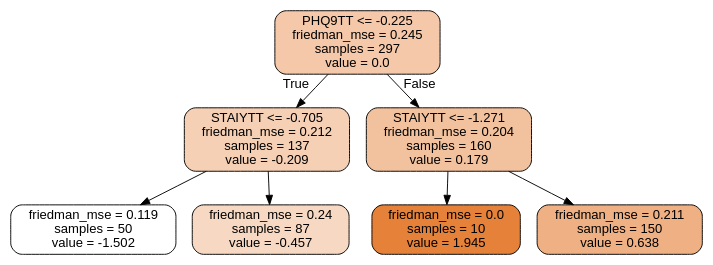
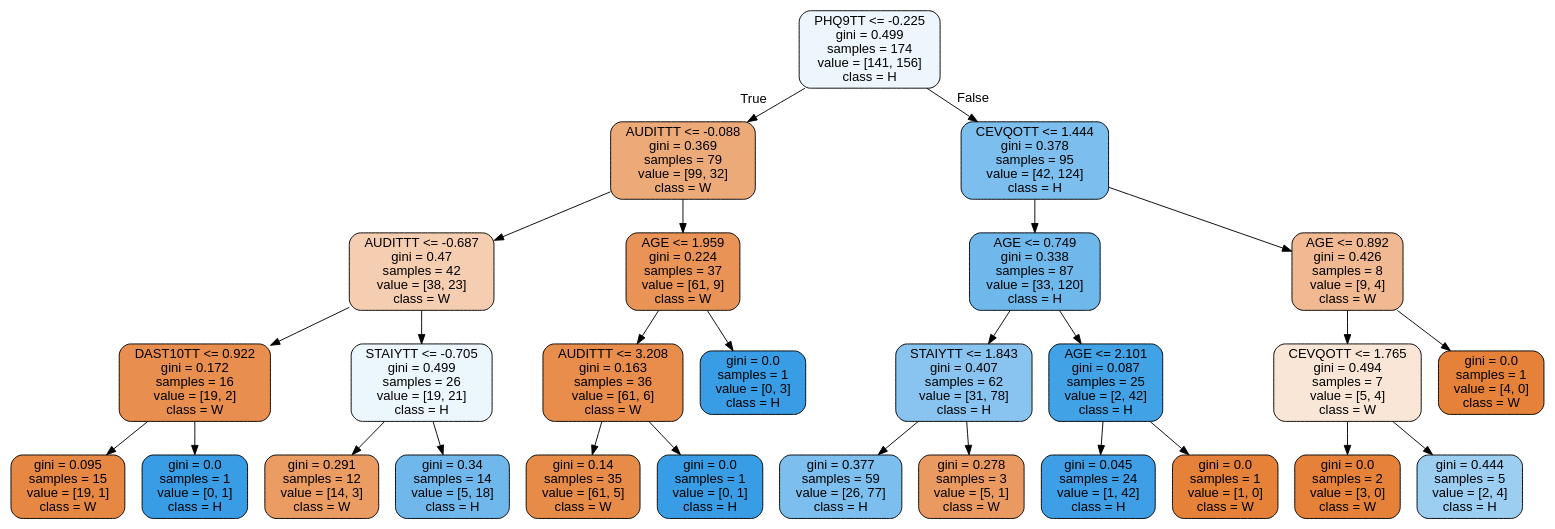
Before and after one commit to pnplab/ML_CRIUSMM: the diagram in cours_3/img/_tree.dot, drawn with Graphviz. The commit also changed 10 other files, not shown here.

```diff
--- a/cours_3/img/_tree.dot
+++ b/cours_3/img/_tree.dot
@@ -1,17 +1,57 @@
 digraph Tree {
 node [shape=box, style="filled, rounded", color="black", fontname=helvetica] ;
 edge [fontname=helvetica] ;
-0 [label="PHQ9TT <= -0.225\nfriedman_mse = 0.245\nsamples = 297\nvalue = 0.0", fillcolor="#f4c8a9"] ;
-1 [label="STAIYTT <= -0.705\nfriedman_mse = 0.212\nsamples = 137\nvalue = -0.209", fillcolor="#f5d0b5"] ;
+0 [label="PHQ9TT <= -0.225\ngini = 0.499\nsamples = 174\nvalue = [141, 156]\nclass = H", fillcolor="#ecf6fc"] ;
+1 [label="AUDITTT <= -0.088\ngini = 0.369\nsamples = 79\nvalue = [99, 32]\nclass = W", fillcolor="#edaa79"] ;
 0 -> 1 [labeldistance=2.5, labelangle=45, headlabel="True"] ;
-2 [label="friedman_mse = 0.119\nsamples = 50\nvalue = -1.502", fillcolor="#ffffff"] ;
+2 [label="AUDITTT <= -0.687\ngini = 0.47\nsamples = 42\nvalue = [38, 23]\nclass = W", fillcolor="#f5cdb1"] ;
 1 -> 2 ;
-3 [label="friedman_mse = 0.24\nsamples = 87\nvalue = -0.457", fillcolor="#f7d9c3"] ;
-1 -> 3 ;
-4 [label="STAIYTT <= -1.271\nfriedman_mse = 0.204\nsamples = 160\nvalue = 0.179", fillcolor="#f2c29e"] ;
-0 -> 4 [labeldistance=2.5, labelangle=-45, headlabel="False"] ;
-5 [label="friedman_mse = 0.0\nsamples = 10\nvalue = 1.945", fillcolor="#e58139"] ;
-4 -> 5 ;
-6 [label="friedman_mse = 0.211\nsamples = 150\nvalue = 0.638", fillcolor="#efb184"] ;
-4 -> 6 ;
+3 [label="DAST10TT <= 0.922\ngini = 0.172\nsamples = 16\nvalue = [19, 2]\nclass = W", fillcolor="#e88e4e"] ;
+2 -> 3 ;
+4 [label="gini = 0.095\nsamples = 15\nvalue = [19, 1]\nclass = W", fillcolor="#e68843"] ;
+3 -> 4 ;
+5 [label="gini = 0.0\nsamples = 1\nvalue = [0, 1]\nclass = H", fillcolor="#399de5"] ;
+3 -> 5 ;
+6 [label="STAIYTT <= -0.705\ngini = 0.499\nsamples = 26\nvalue = [19, 21]\nclass = H", fillcolor="#ecf6fd"] ;
+2 -> 6 ;
+7 [label="gini = 0.291\nsamples = 12\nvalue = [14, 3]\nclass = W", fillcolor="#eb9c63"] ;
+6 -> 7 ;
+8 [label="gini = 0.34\nsamples = 14\nvalue = [5, 18]\nclass = H", fillcolor="#70b8ec"] ;
+6 -> 8 ;
+9 [label="AGE <= 1.959\ngini = 0.224\nsamples = 37\nvalue = [61, 9]\nclass = W", fillcolor="#e99456"] ;
+1 -> 9 ;
+10 [label="AUDITTT <= 3.208\ngini = 0.163\nsamples = 36\nvalue = [61, 6]\nclass = W", fillcolor="#e88d4c"] ;
+9 -> 10 ;
+11 [label="gini = 0.14\nsamples = 35\nvalue = [61, 5]\nclass = W", fillcolor="#e78b49"] ;
+10 -> 11 ;
+12 [label="gini = 0.0\nsamples = 1\nvalue = [0, 1]\nclass = H", fillcolor="#399de5"] ;
+10 -> 12 ;
+13 [label="gini = 0.0\nsamples = 1\nvalue = [0, 3]\nclass = H", fillcolor="#399de5"] ;
+9 -> 13 ;
+14 [label="CEVQOTT <= 1.444\ngini = 0.378\nsamples = 95\nvalue = [42, 124]\nclass = H", fillcolor="#7cbeee"] ;
+0 -> 14 [labeldistance=2.5, labelangle=-45, headlabel="False"] ;
+15 [label="AGE <= 0.749\ngini = 0.338\nsamples = 87\nvalue = [33, 120]\nclass = H", fillcolor="#6fb8ec"] ;
+14 -> 15 ;
+16 [label="STAIYTT <= 1.843\ngini = 0.407\nsamples = 62\nvalue = [31, 78]\nclass = H", fillcolor="#88c4ef"] ;
+15 -> 16 ;
+17 [label="gini = 0.377\nsamples = 59\nvalue = [26, 77]\nclass = H", fillcolor="#7cbeee"] ;
+16 -> 17 ;
+18 [label="gini = 0.278\nsamples = 3\nvalue = [5, 1]\nclass = W", fillcolor="#ea9a61"] ;
+16 -> 18 ;
+19 [label="AGE <= 2.101\ngini = 0.087\nsamples = 25\nvalue = [2, 42]\nclass = H", fillcolor="#42a2e6"] ;
+15 -> 19 ;
+20 [label="gini = 0.045\nsamples = 24\nvalue = [1, 42]\nclass = H", fillcolor="#3e9fe6"] ;
+19 -> 20 ;
+21 [label="gini = 0.0\nsamples = 1\nvalue = [1, 0]\nclass = W", fillcolor="#e58139"] ;
+19 -> 21 ;
+22 [label="AGE <= 0.892\ngini = 0.426\nsamples = 8\nvalue = [9, 4]\nclass = W", fillcolor="#f1b991"] ;
+14 -> 22 ;
+23 [label="CEVQOTT <= 1.765\ngini = 0.494\nsamples = 7\nvalue = [5, 4]\nclass = W", fillcolor="#fae6d7"] ;
+22 -> 23 ;
+24 [label="gini = 0.0\nsamples = 2\nvalue = [3, 0]\nclass = W", fillcolor="#e58139"] ;
+23 -> 24 ;
+25 [label="gini = 0.444\nsamples = 5\nvalue = [2, 4]\nclass = H", fillcolor="#9ccef2"] ;
+23 -> 25 ;
+26 [label="gini = 0.0\nsamples = 1\nvalue = [4, 0]\nclass = W", fillcolor="#e58139"] ;
+22 -> 26 ;
 }
```
